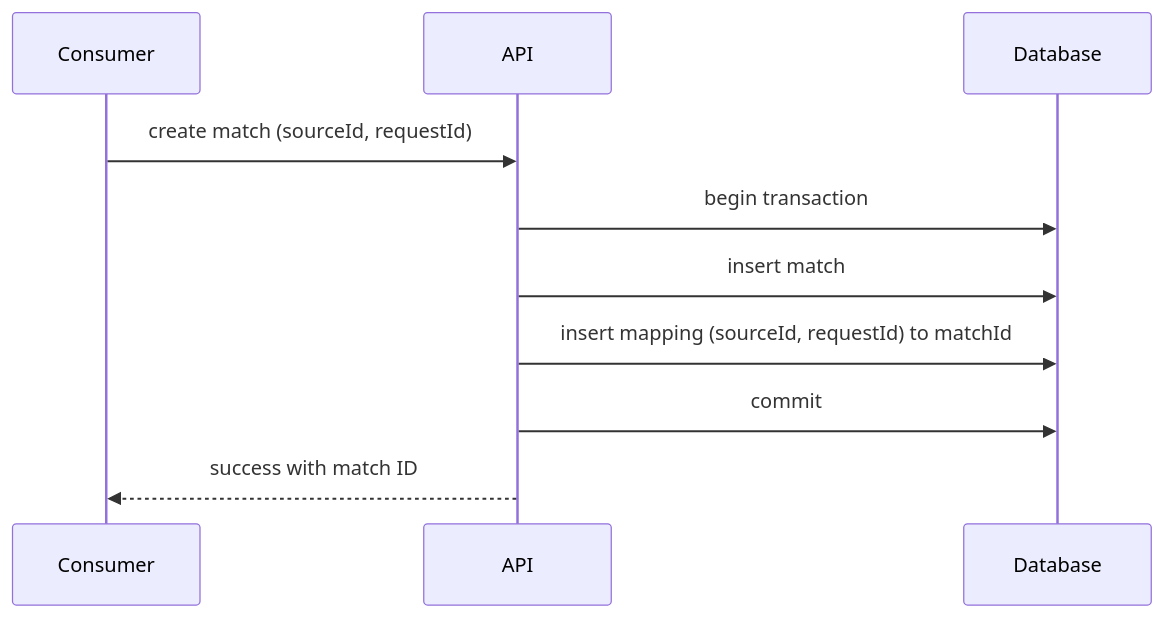
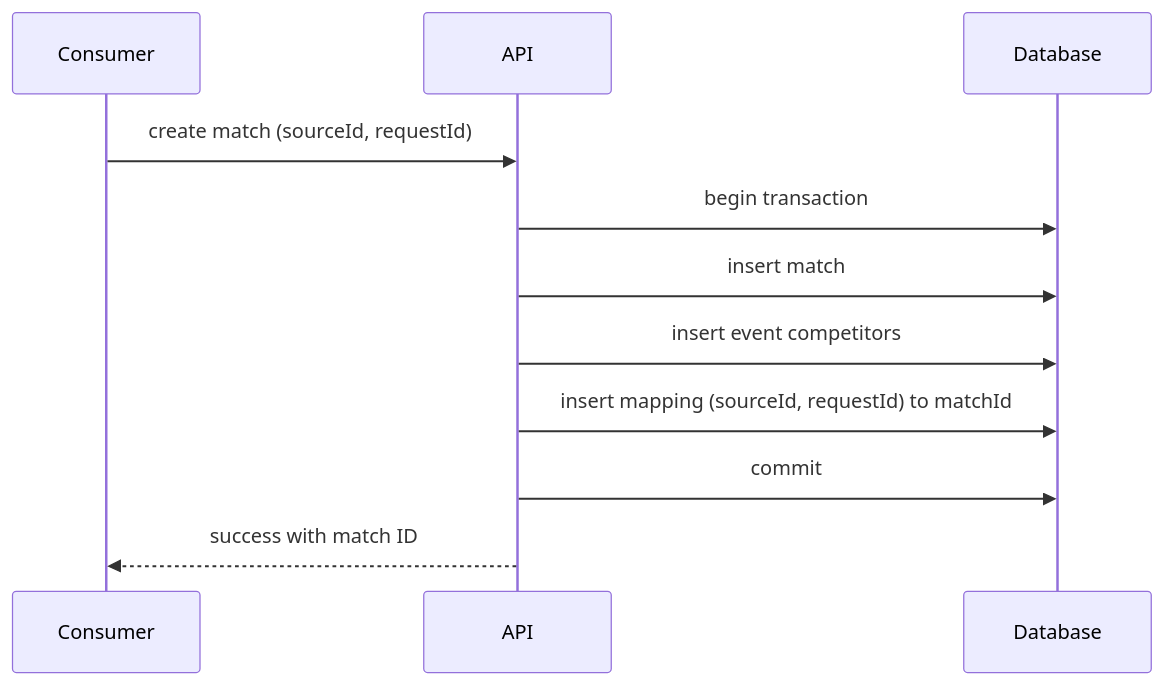
One commit to DPostnik/sports-event-platform changed the third of 5 diagrams in docs/system-design.md. Above: the diagram before and after it, drawn with Mermaid. The commit also changed other lines of this file and 1 other file, not shown here.

Commit message:
Model sports, competitors and event participation (ADR-0003)

````diff
--- a/docs/system-design.md
+++ b/docs/system-design.md
@@ -65,12 +65,13 @@
 ```mermaid
 sequenceDiagram
     participant C as Consumer
     participant A as API
     participant D as Database
     C->>A: create match (sourceId, requestId)
     A->>D: begin transaction
     A->>D: insert match
+    A->>D: insert event competitors
     A->>D: insert mapping (sourceId, requestId) to matchId
     A->>D: commit
     A-->>C: success with match ID
 ```
````
